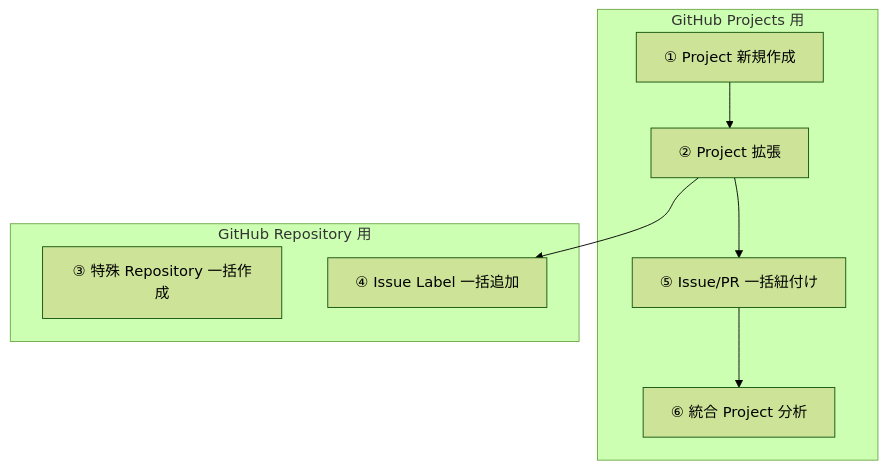
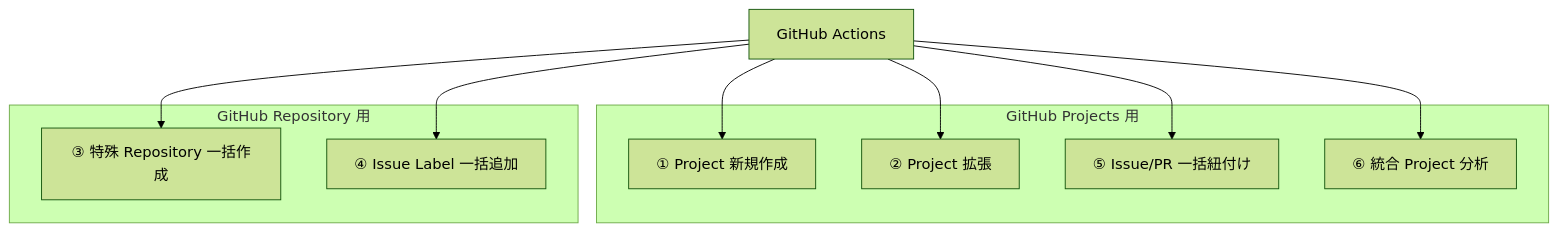
Before and after one commit to lurest-inc/github-projects-ops-kit: the diagram in docs/developers.md, drawn with Mermaid (forest theme).

Commit message:
style: Workflow 全体像の mermaid 図に GitHub Actions ルートノードを追加する
root から各ワークフローへの実行関係を示す構成に改善する

````diff
--- a/docs/developers.md
+++ b/docs/developers.md
@@ -22,15 +22,23 @@
 ```mermaid
 flowchart TD
+    root["GitHub Actions"]
+
+    root --> A
+    root --> B
+    root --> G
+    root --> C
+    root --> D
+    root --> F
+
     subgraph projects ["GitHub Projects 用"]
-        A["① Project 新規作成"] --> B["② Project 拡張"]
-        B --> D["⑤ Issue/PR 一括紐付け"]
-        D --> F["⑥ 統合 Project 分析"]
+        A["① Project 新規作成"]
+        B["② Project 拡張"]
+        D["⑤ Issue/PR 一括紐付け"]
+        F["⑥ 統合 Project 分析"]
     end
 
     subgraph repos ["GitHub Repository 用"]
         G["③ 特殊 Repository 一括作成"]
         C["④ Issue Label 一括追加"]
     end
-
-    B --> C
 ```
````
